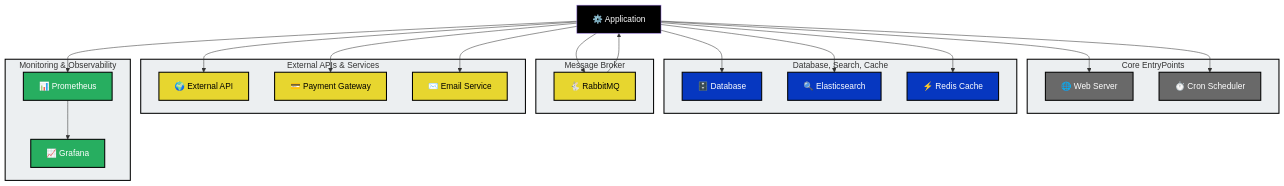
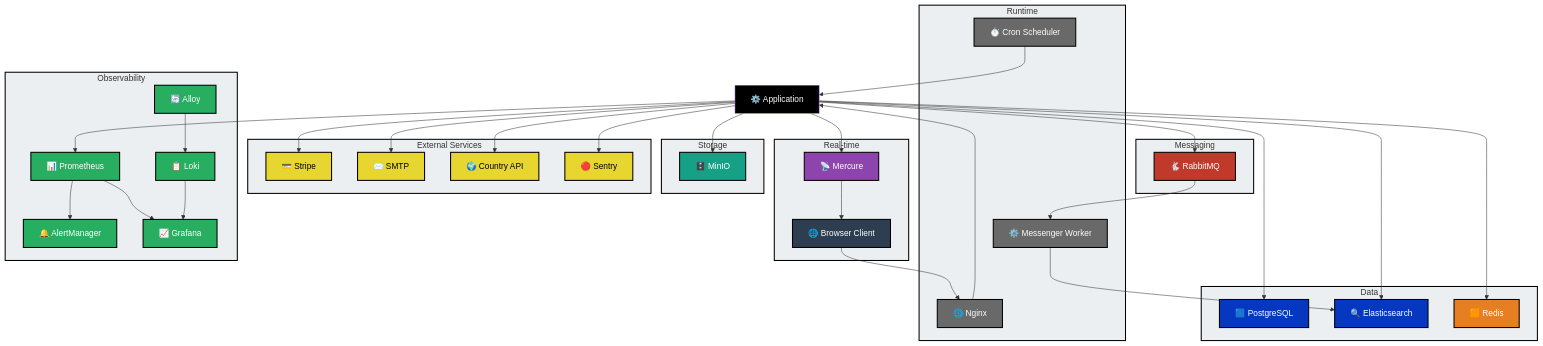
The diagram in docs/diagrams/graphs/architecture/deployment.mmd (developer-samuel/levelup-store), drawn with Mermaid before and after one commit. The commit also changed 12 other files, not shown here.

Commit message:
docs: update architecture diagrams and environment documentation

```diff
--- a/docs/diagrams/graphs/architecture/deployment.mmd
+++ b/docs/diagrams/graphs/architecture/deployment.mmd
@@ -1,65 +1,108 @@
 graph TD
     %% Subgraph styles
-    style Entrypoints fill:#eceff1, stroke:#000, stroke-width:2px;
-    style DBCache fill:#eceff1, stroke:#000, stroke-width:2px;
-    style Broker fill:#eceff1, stroke:#000, stroke-width:2px;
-    style ApiServices fill:#eceff1, stroke:#000, stroke-width:2px;
-    style MonitoringLayer fill:#eceff1, stroke:#000, stroke-width:2px;
+    style Runtime fill:#eceff1, stroke:#000, stroke-width:2px;
+    style DataStores fill:#eceff1, stroke:#000, stroke-width:2px;
+    style Messaging fill:#eceff1, stroke:#000, stroke-width:2px;
+    style Storage fill:#eceff1, stroke:#000, stroke-width:2px;
+    style Realtime fill:#eceff1, stroke:#000, stroke-width:2px;
+    style ExternalServices fill:#eceff1, stroke:#000, stroke-width:2px;
+    style Observability fill:#eceff1, stroke:#000, stroke-width:2px;
 
     %% Class Styles
     classDef app fill:#000, color:#fff;
-    classDef entrypoint fill:#696969, color:#fff, stroke:#000, stroke-width:2px;
-    classDef db_cache fill:#0637c0, color:#fff, stroke:#000, stroke-width:2px;
-    classDef api_service fill:#e7d62f, color:#000, stroke:#000, stroke-width:2px;
+    classDef runtime fill:#696969, color:#fff, stroke:#000, stroke-width:2px;
+    classDef database fill:#0637c0, color:#fff, stroke:#000, stroke-width:2px;
+    classDef cache fill:#e67e22, color:#fff, stroke:#000, stroke-width:2px;
+    classDef messaging fill:#c0392b, color:#fff, stroke:#000, stroke-width:2px;
+    classDef storage fill:#16a085, color:#fff, stroke:#000, stroke-width:2px;
+    classDef realtime fill:#8e44ad, color:#fff, stroke:#000, stroke-width:2px;
+    classDef client fill:#2c3e50, color:#fff, stroke:#000, stroke-width:2px;
+    classDef external fill:#e7d62f, color:#000, stroke:#000, stroke-width:2px;
     classDef monitoring fill:#27ae60, color:#fff, stroke:#000, stroke-width:2px;
 
     %% Root
     App[⚙️ Application]:::app
 
-    %% Entrypoints / Core runtime
-    subgraph Entrypoints["Core EntryPoints"]
-        WebServer[🌐 Web Server]:::entrypoint
-        Cron[⏱️ Cron Scheduler]:::entrypoint
+    %% Runtime / Entrypoints
+    subgraph Runtime["Runtime"]
+        Nginx[🌐 Nginx]:::runtime
+        Worker[⚙️ Messenger Worker]:::runtime
+        Cron[⏱️ Cron Scheduler]:::runtime
     end
 
-    %% Database, Search, Cache
-    subgraph DBCache["Database, Search, Cache"]
-        DB[🗄️ Database]:::db_cache
-        Search[🔍 Elasticsearch]:::db_cache
-        Cache[⚡ Redis Cache]:::db_cache
+    %% Data Stores
+    subgraph DataStores["Data"]
+        DB[🟦 PostgreSQL]:::database
+        Search[🔍 Elasticsearch]:::database
+        Cache[🟧 Redis]:::cache
     end
 
     %% Message Broker
-    subgraph Broker["Message Broker"]
-        Queue[🐇 RabbitMQ]:::api_service
+    subgraph Messaging["Messaging"]
+        Queue[🐇 RabbitMQ]:::messaging
     end
 
-    %% External APIs / Services
-    subgraph ApiServices["External APIs & Services"]
-        API[🌍 External API]:::api_service
-        Stripe[💳 Payment Gateway]:::api_service
-        SMTP[✉️ Email Service]:::api_service
+    %% Object Storage
+    subgraph Storage["Storage"]
+        MinIO[🗄️ MinIO]:::storage
     end
 
-    %% Monitoring
-    subgraph MonitoringLayer["Monitoring & Observability"]
+    %% Real-time
+    subgraph Realtime["Real-time"]
+        Mercure[📡 Mercure]:::realtime
+        Browser[🌐 Browser Client]:::client
+    end
+
+    %% External Services
+    subgraph ExternalServices["External Services"]
+        Stripe[💳 Stripe]:::external
+        SMTP[✉️ SMTP]:::external
+        CountryAPI[🌍 Country API]:::external
+        Sentry[🔴 Sentry]:::external
+    end
+
+    %% Observability
+    subgraph Observability["Observability"]
         Prometheus[📊 Prometheus]:::monitoring
+        Loki[📋 Loki]:::monitoring
+        Alloy[🔄 Alloy]:::monitoring
+        AlertManager[🔔 AlertManager]:::monitoring
         Grafana[📈 Grafana]:::monitoring
     end
 
-    %% Connections
-    App --> WebServer
-    App --> Cron
+    %% HTTP request flow
+    Browser --> Nginx
+    Nginx --> App
 
+    %% App → Data
     App --> DB
     App --> Search
     App --> Cache
+    App --> MinIO
+
+    %% App → Messaging
     App --> Queue
-    Queue --> App
 
-    App --> API
+    %% Worker: consumes queue, indexes into Elasticsearch
+    Queue --> Worker
+    Worker --> Search
+
+    %% Real-time: App publishes, browser subscribes
+    App --> Mercure
+    Mercure --> Browser
+
+    %% Scheduled tasks
+    Cron --> App
+
+    %% External APIs
     App --> Stripe
     App --> SMTP
+    App --> CountryAPI
+    App --> Sentry
 
+    %% Observability pipeline
     App --> Prometheus
+    Alloy --> Loki
+    Prometheus --> AlertManager
     Prometheus --> Grafana
+    Loki --> Grafana
```
